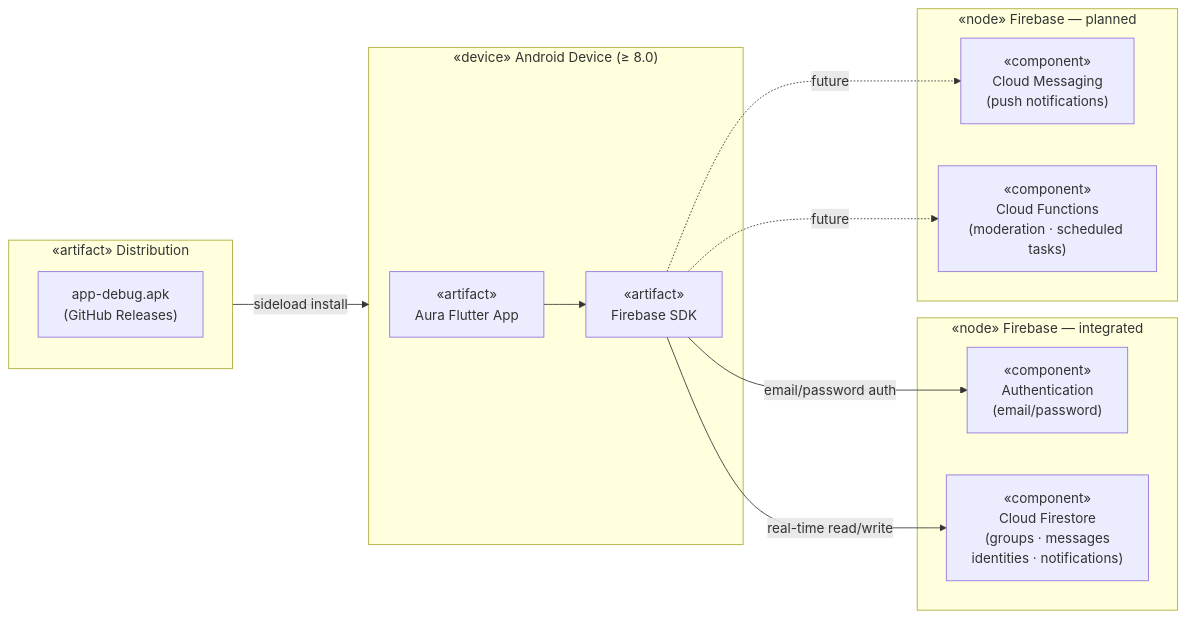
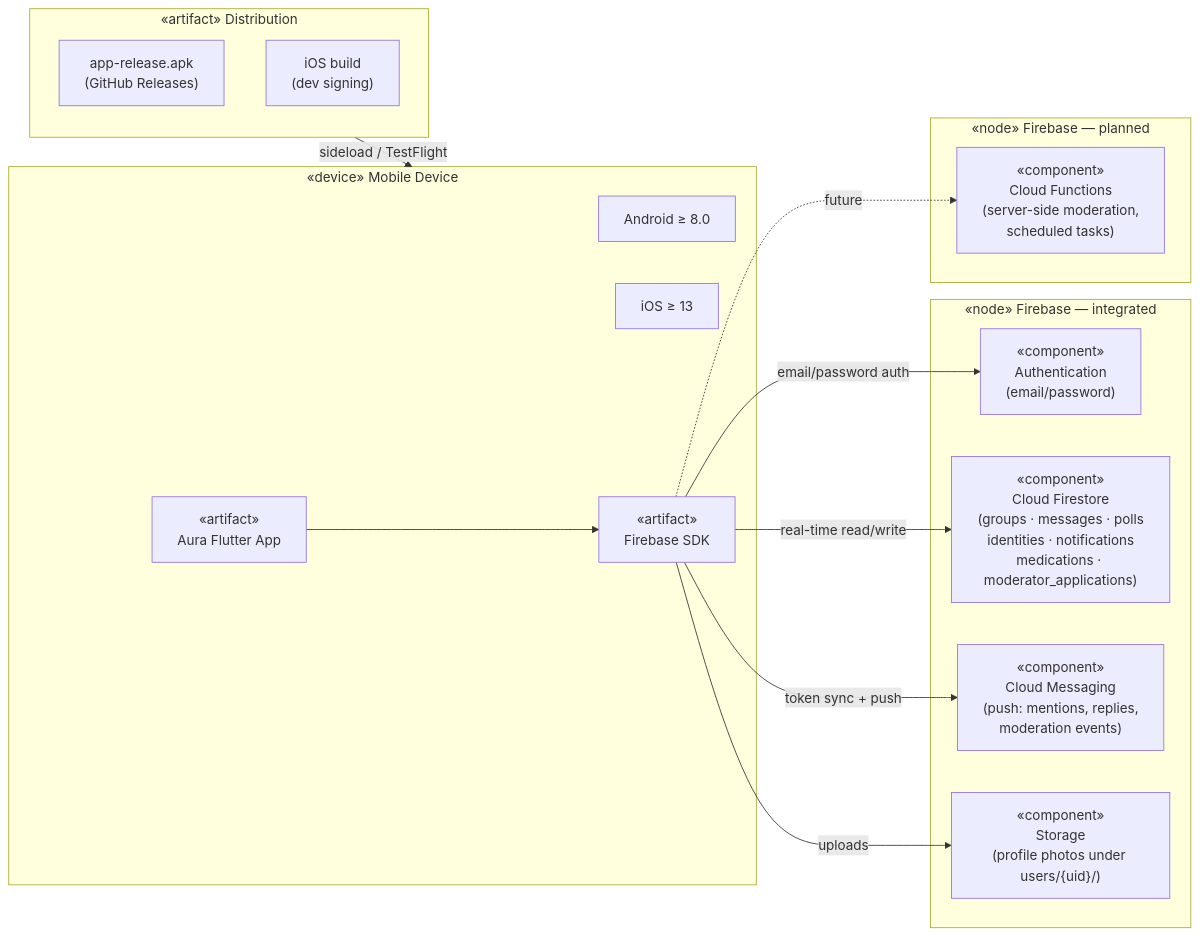
The third of 3 diagrams in README.md (danielramaa/aura), drawn with Mermaid before and after one commit. The commit also changed other lines of this file and 1 other file, not shown here.

````diff
--- a/README.md
+++ b/README.md
@@ -470,28 +489,33 @@
 ```mermaid
 graph LR
     subgraph Distribution["«artifact» Distribution"]
-        APK["app-debug.apk\n(GitHub Releases)"]
+        APK["app-release.apk\n(GitHub Releases)"]
+        IPA["iOS build\n(dev signing)"]
     end
 
-    subgraph UserDevice["«device» Android Device (≥ 8.0)"]
+    subgraph UserDevice["«device» Mobile Device"]
+        ANDROID["Android ≥ 8.0"]
+        IOS["iOS ≥ 13"]
         APP["«artifact»\nAura Flutter App"]
         SDK["«artifact»\nFirebase SDK"]
         APP --> SDK
     end
 
     subgraph FirebaseLive["«node» Firebase — integrated"]
         AUTH["«component»\nAuthentication\n(email/password)"]
-        DB["«component»\nCloud Firestore\n(groups · messages\nidentities · notifications)"]
+        DB["«component»\nCloud Firestore\n(groups · messages · polls\nidentities · notifications\nmedications · moderator_applications)"]
+        FCM["«component»\nCloud Messaging\n(push: mentions, replies,\nmoderation events)"]
+        STORE["«component»\nStorage\n(profile photos under users/{uid}/)"]
     end
 
     subgraph FirebasePlanned["«node» Firebase — planned"]
-        FCM["«component»\nCloud Messaging\n(push notifications)"]
-        CF["«component»\nCloud Functions\n(moderation · scheduled tasks)"]
+        CF["«component»\nCloud Functions\n(server-side moderation,\nscheduled tasks)"]
     end
 
-    Distribution -->|sideload install| UserDevice
+    Distribution -->|sideload / TestFlight| UserDevice
     SDK -->|email/password auth| AUTH
     SDK -->|real-time read/write| DB
-    SDK -.->|future| FCM
+    SDK -->|token sync + push| FCM
+    SDK -->|uploads| STORE
     SDK -.->|future| CF
 ```
````
